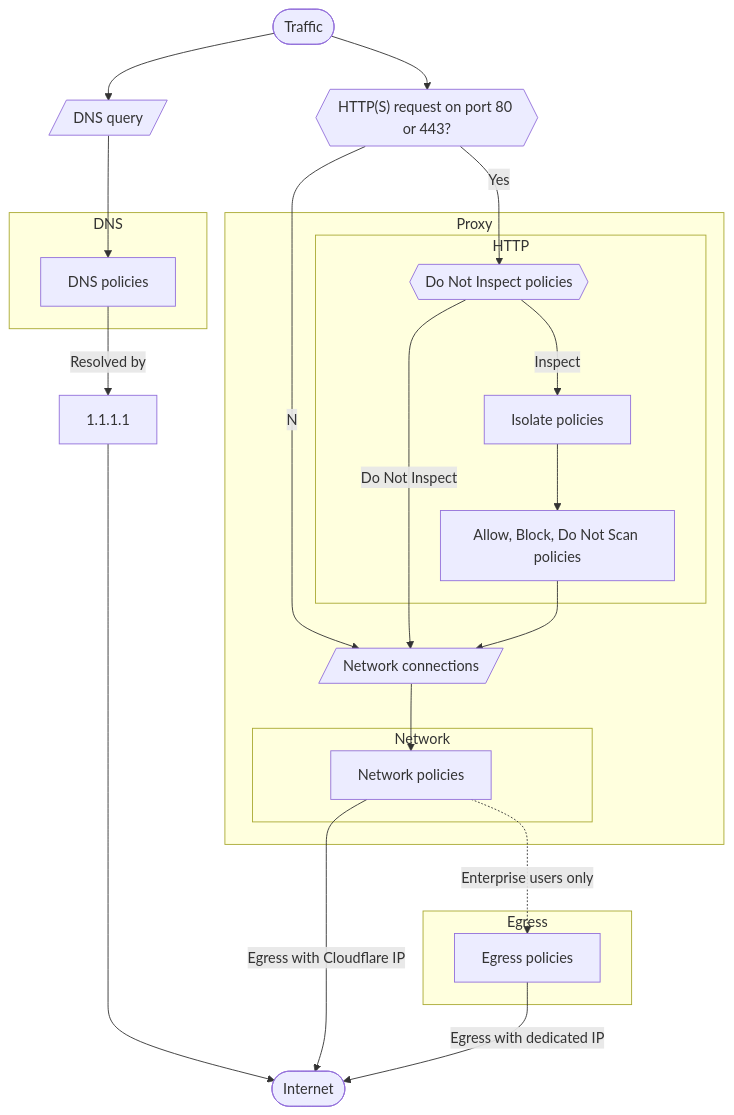
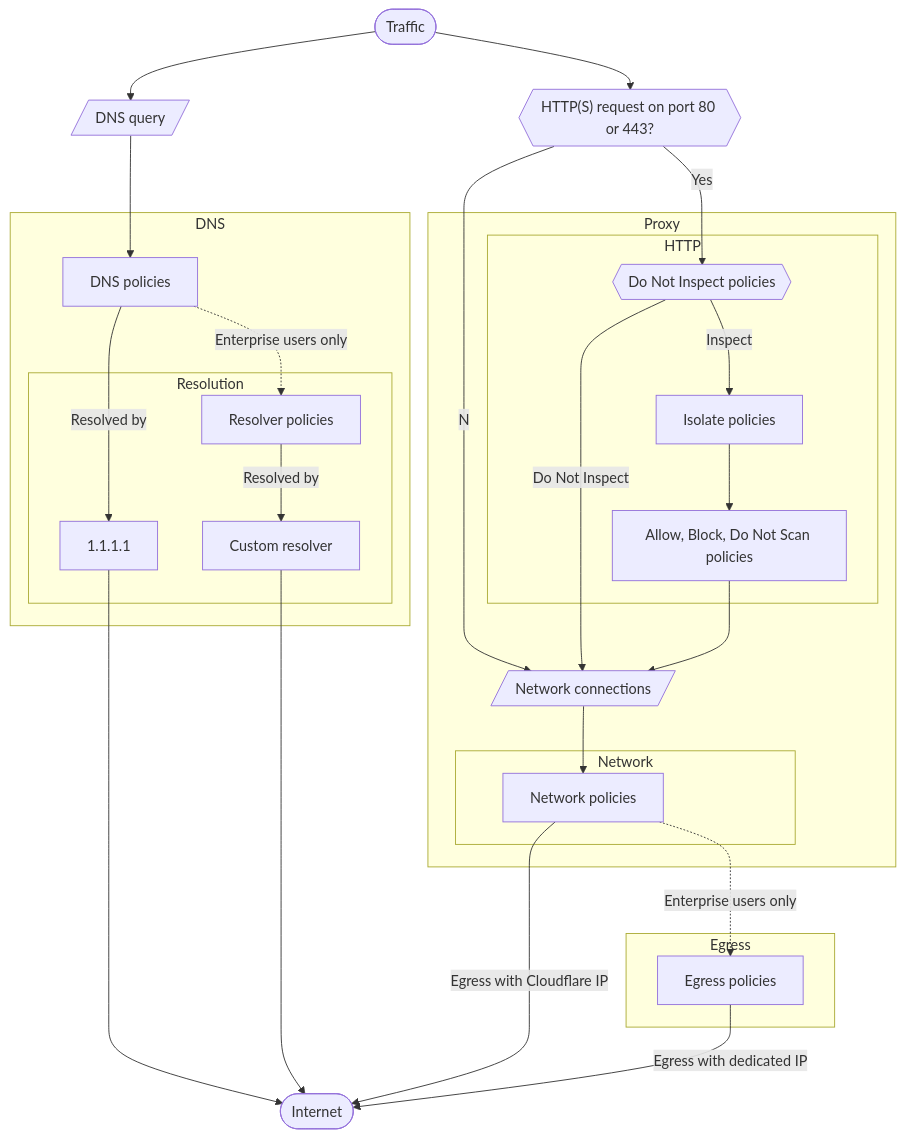
One commit to cloudflare/cloudflare-docs changed the diagram in content/cloudflare-one/policies/gateway/order-of-enforcement.md. Above: the diagram before and after it, drawn with Mermaid.

Commit message:
Add custom resolver to chart

````diff
--- a/content/cloudflare-one/policies/gateway/order-of-enforcement.md
+++ b/content/cloudflare-one/policies/gateway/order-of-enforcement.md
@@ -11,48 +11,58 @@
 ```mermaid
 flowchart TB
     %% Accessibility
     accTitle: Gateway order of enforcement
     accDescr: Flowchart describing the order of enforcement for Gateway policies.
 
     %% In with user traffic
     start(["Traffic"])-->dns0[/"DNS query"/]-->dns1
     start-->http0{{"HTTP(S) request on port 80 or 443?"}}
     http0--Yes-->http1
     http0--No-->network0
 
     %% DNS policies
     subgraph DNS
     dns1["DNS policies"]
     style DNS text-align:left
+    dns1--Resolved by-->dns2["1.1.1.1"]
+    dns1-.Enterprise users only.->dns3
+
+        %% DNS resolution
+        subgraph Resolution
+        dns2["1.1.1.1"]
+        dns3["Resolver policies"]--Resolved by-->dns4["Custom resolver"]
+        end
+
     end
-    dns1--Resolved by-->dns2["1.1.1.1"]------>internet
+    dns2["1.1.1.1"]----->internet
+    dns4----->internet
 
     %% Proxied by Gateway
     subgraph Proxy
 
     %% HTTP policies
     subgraph HTTP
     http1{{"Do Not Inspect policies"}}
     http1--Inspect-->http2["Isolate policies"]
     http2-->http3["Allow, Block, Do Not Scan policies"]
     end
 
     http1--Do Not Inspect-->network0
     http3-->network0
     network0[/"Network connections"/]-->network1
 
     %% Network policies
     subgraph Network
     network1["Network policies"]
     end
     end
 
     %% Egress
     subgraph Egress
     network1-.Enterprise users only.->egress1[Egress policies]
     end
 
     %% Finish
     network1--Egress with Cloudflare IP-->internet([Internet])
     egress1--Egress with dedicated IP-->internet
 ```
````
